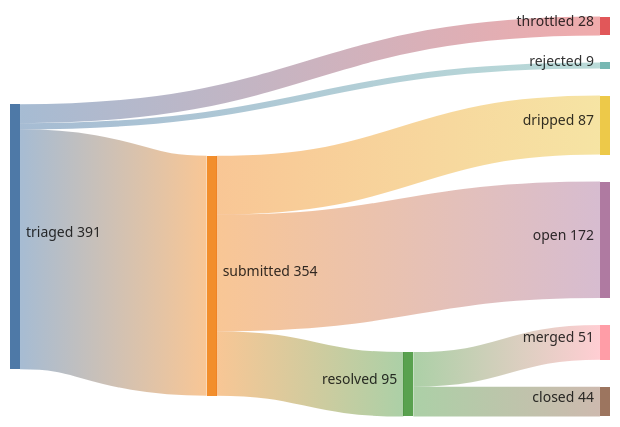
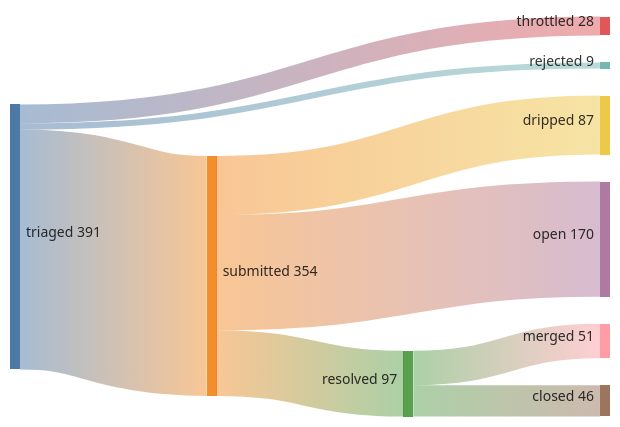
Before and after one commit to kimjune01/kimjune01: the first of 3 diagrams in README.md, drawn with Mermaid. The commit also changed other lines of this file, not shown here.

````diff
--- a/README.md
+++ b/README.md
@@ -5,11 +5,11 @@
 ```mermaid
 sankey-beta
     triaged,    submitted, 354
     triaged,    throttled, 28
     triaged,    rejected,  9
-    submitted,  resolved,  95
+    submitted,  resolved,  97
     submitted,  dripped,   87
-    submitted,  open,      172
+    submitted,  open,      170
     resolved,   merged,    51
-    resolved,   closed,    44
+    resolved,   closed,    46
 ```
````
